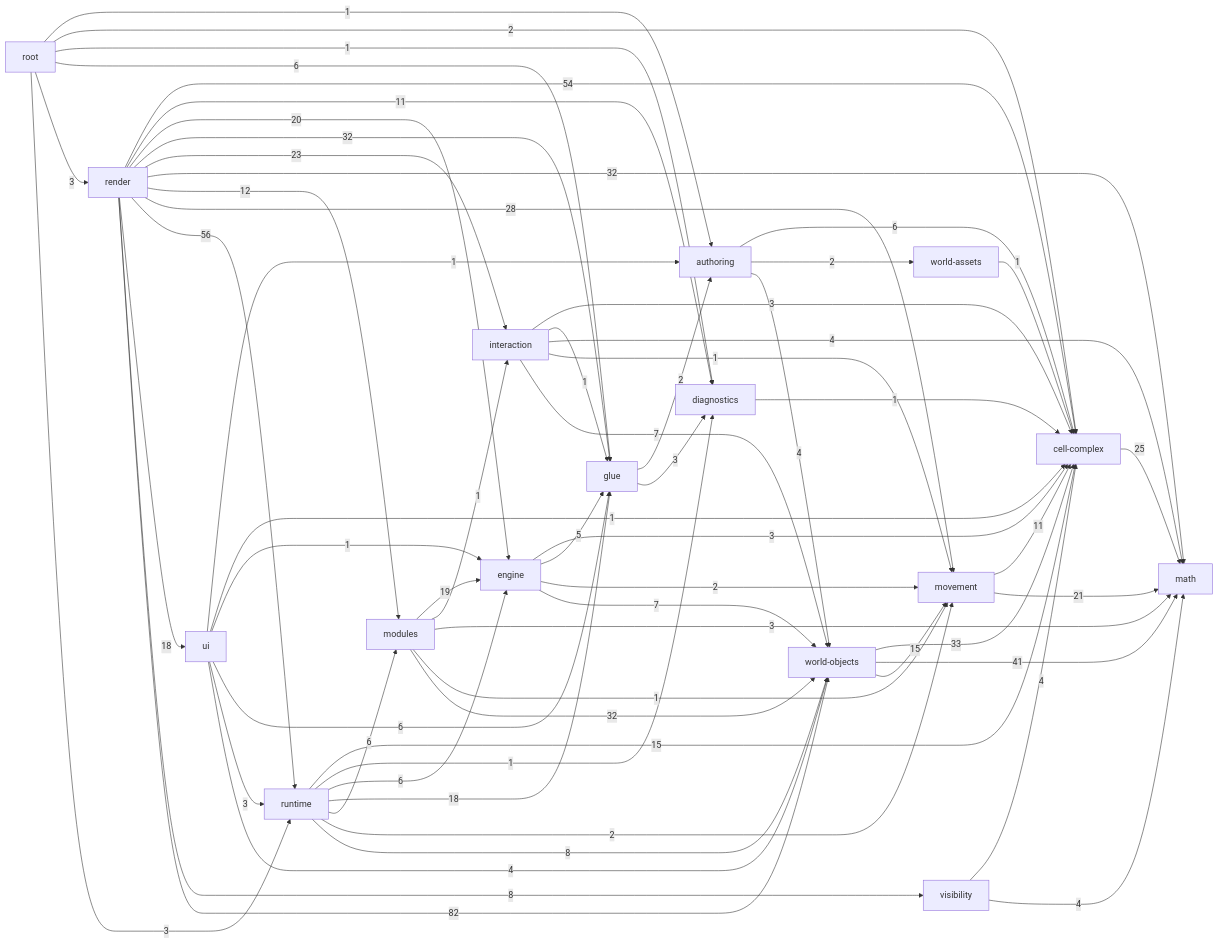
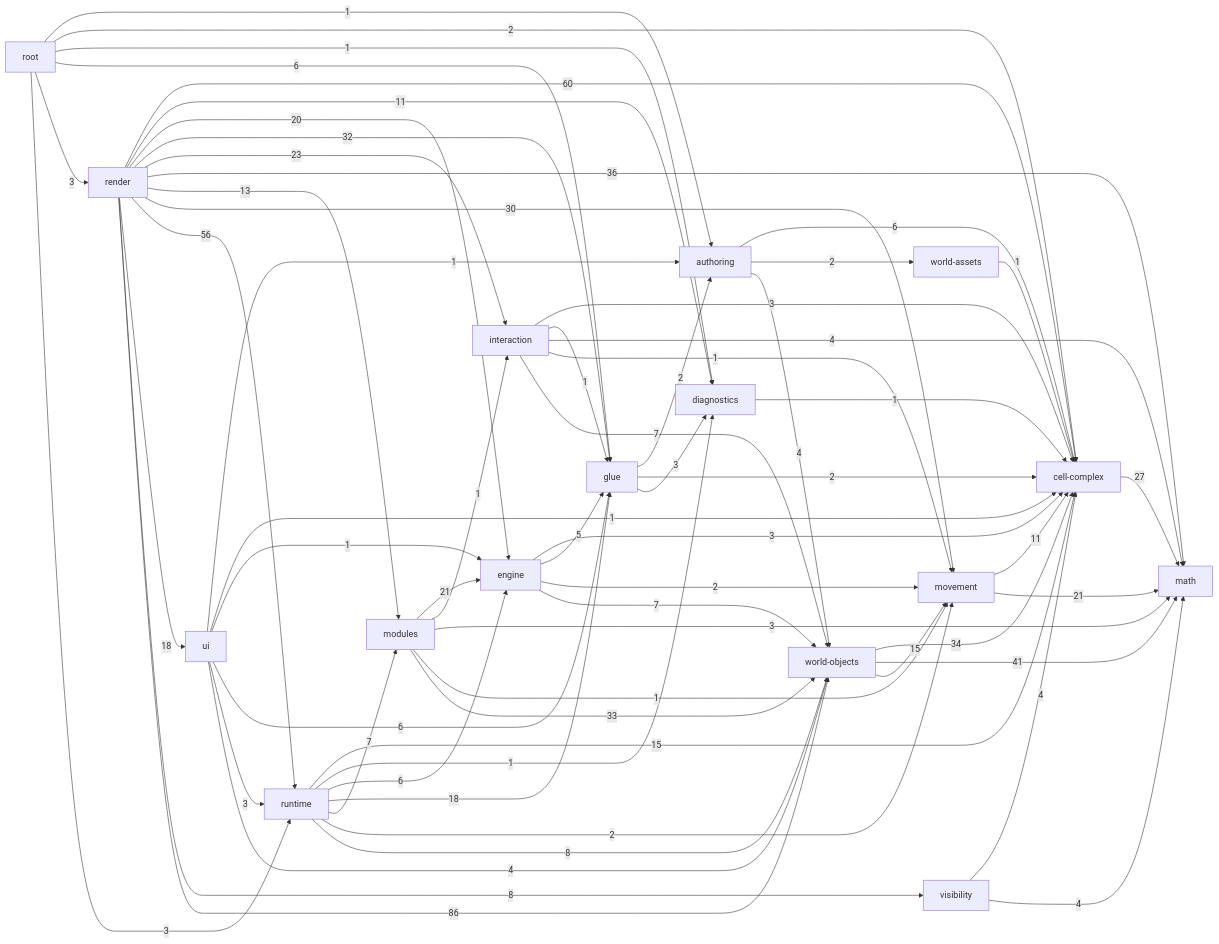
Before and after one commit to guraltsev/noneuclid-fpv: the diagram in _docs/generated/ARCHITECTURE_REFERENCE.md, drawn with Mermaid. The commit also changed other lines of this file and 92 other files, not shown here.

````diff
--- a/_docs/generated/ARCHITECTURE_REFERENCE.md
+++ b/_docs/generated/ARCHITECTURE_REFERENCE.md
@@ -37,79 +37,80 @@
 ```mermaid
 flowchart LR
   math["math"]
   cell_complex["cell-complex"]
   diagnostics["diagnostics"]
   visibility["visibility"]
   movement["movement"]
   world_assets["world-assets"]
   world_objects["world-objects"]
   authoring["authoring"]
   glue["glue"]
   interaction["interaction"]
   engine["engine"]
   modules["modules"]
   runtime["runtime"]
   ui["ui"]
   render["render"]
   root["root"]
   authoring -->|6| cell_complex
   authoring -->|2| world_assets
   authoring -->|4| world_objects
-  cell_complex -->|25| math
+  cell_complex -->|27| math
   diagnostics -->|1| cell_complex
   engine -->|3| cell_complex
   engine -->|5| glue
   engine -->|2| movement
   engine -->|7| world_objects
   glue -->|2| authoring
+  glue -->|2| cell_complex
   glue -->|3| diagnostics
   interaction -->|3| cell_complex
   interaction -->|1| glue
   interaction -->|4| math
   interaction -->|1| movement
   interaction -->|7| world_objects
-  modules -->|19| engine
+  modules -->|21| engine
   modules -->|1| interaction
   modules -->|3| math
   modules -->|1| movement
-  modules -->|32| world_objects
+  modules -->|33| world_objects
   movement -->|11| cell_complex
   movement -->|21| math
-  render -->|54| cell_complex
+  render -->|60| cell_complex
   render -->|11| diagnostics
   render -->|20| engine
   render -->|32| glue
   render -->|23| interaction
-  render -->|32| math
-  render -->|12| modules
-  render -->|28| movement
+  render -->|36| math
+  render -->|13| modules
+  render -->|30| movement
   render -->|56| runtime
   render -->|18| ui
   render -->|8| visibility
-  render -->|82| world_objects
+  render -->|86| world_objects
   root -->|1| authoring
   root -->|2| cell_complex
   root -->|1| diagnostics
   root -->|6| glue
   root -->|3| render
   root -->|3| runtime
   runtime -->|15| cell_complex
   runtime -->|1| diagnostics
   runtime -->|6| engine
   runtime -->|18| glue
-  runtime -->|6| modules
+  runtime -->|7| modules
   runtime -->|2| movement
   runtime -->|8| world_objects
   ui -->|1| authoring
   ui -->|1| cell_complex
   ui -->|1| engine
   ui -->|6| glue
   ui -->|3| runtime
   ui -->|4| world_objects
   visibility -->|4| cell_complex
   visibility -->|4| math
   world_assets -->|1| cell_complex
-  world_objects -->|33| cell_complex
+  world_objects -->|34| cell_complex
   world_objects -->|41| math
   world_objects -->|15| movement
 ```
````
